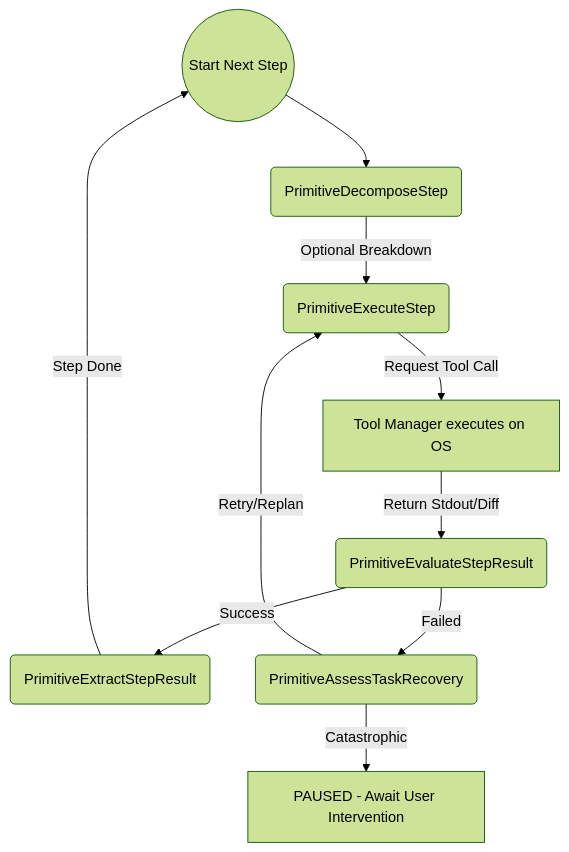
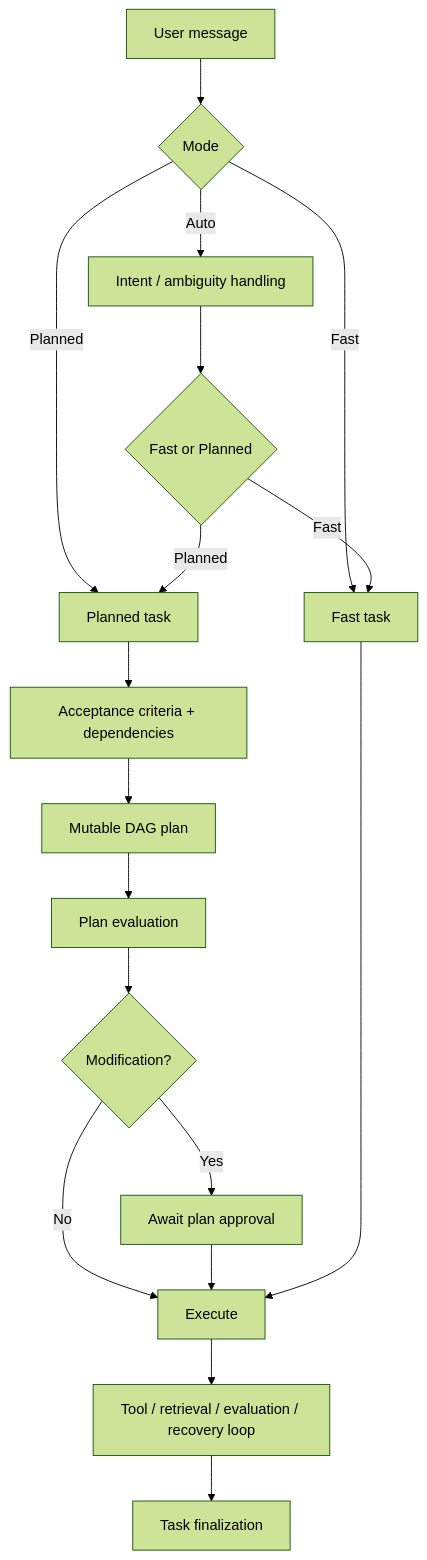
One commit to abhicodes-007/loa changed the diagram in docs/core_concepts/architecture.md. Above: the diagram before and after it, drawn with Mermaid (forest theme). The commit also changed other lines of this file and 11 other files, not shown here.

````diff
--- a/docs/core_concepts/architecture.md
+++ b/docs/core_concepts/architecture.md
@@ -32,12 +15,20 @@
 ```mermaid
 graph TD
-    A((Start Next Step)) --> B(PrimitiveDecomposeStep)
-    B -->|Optional Breakdown| C(PrimitiveExecuteStep)
-    C -->|Request Tool Call| D[Tool Manager executes on OS]
-    D -->|Return Stdout/Diff| E(PrimitiveEvaluateStepResult)
-    E -->|Success| F(PrimitiveExtractStepResult)
-    F -->|Step Done| A
-    E -->|Failed| G(PrimitiveAssessTaskRecovery)
-    G -->|Retry/Replan| C
-    G -->|Catastrophic| H[PAUSED - Await User Intervention]
+    A[User message] --> B{Mode}
+    B -->|Auto| C[Intent / ambiguity handling]
+    C --> D{Fast or Planned}
+    B -->|Fast| E[Fast task]
+    B -->|Planned| F[Planned task]
+    D -->|Fast| E
+    D -->|Planned| F
+    F --> G[Acceptance criteria + dependencies]
+    G --> H[Mutable DAG plan]
+    H --> I[Plan evaluation]
+    I --> J{Modification?}
+    J -->|Yes| K[Await plan approval]
+    J -->|No| L[Execute]
+    K --> L
+    E --> L
+    L --> M[Tool / retrieval / evaluation / recovery loop]
+    M --> N[Task finalization]
 ```
````
